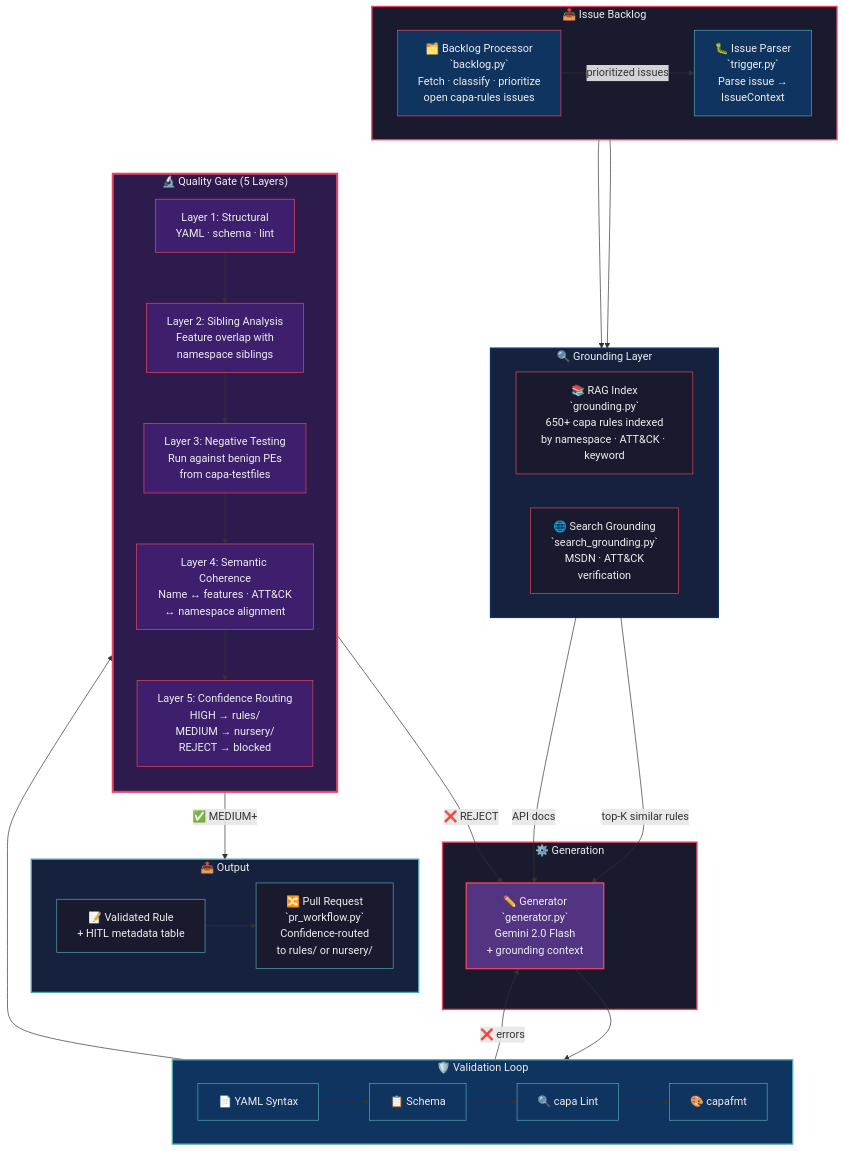
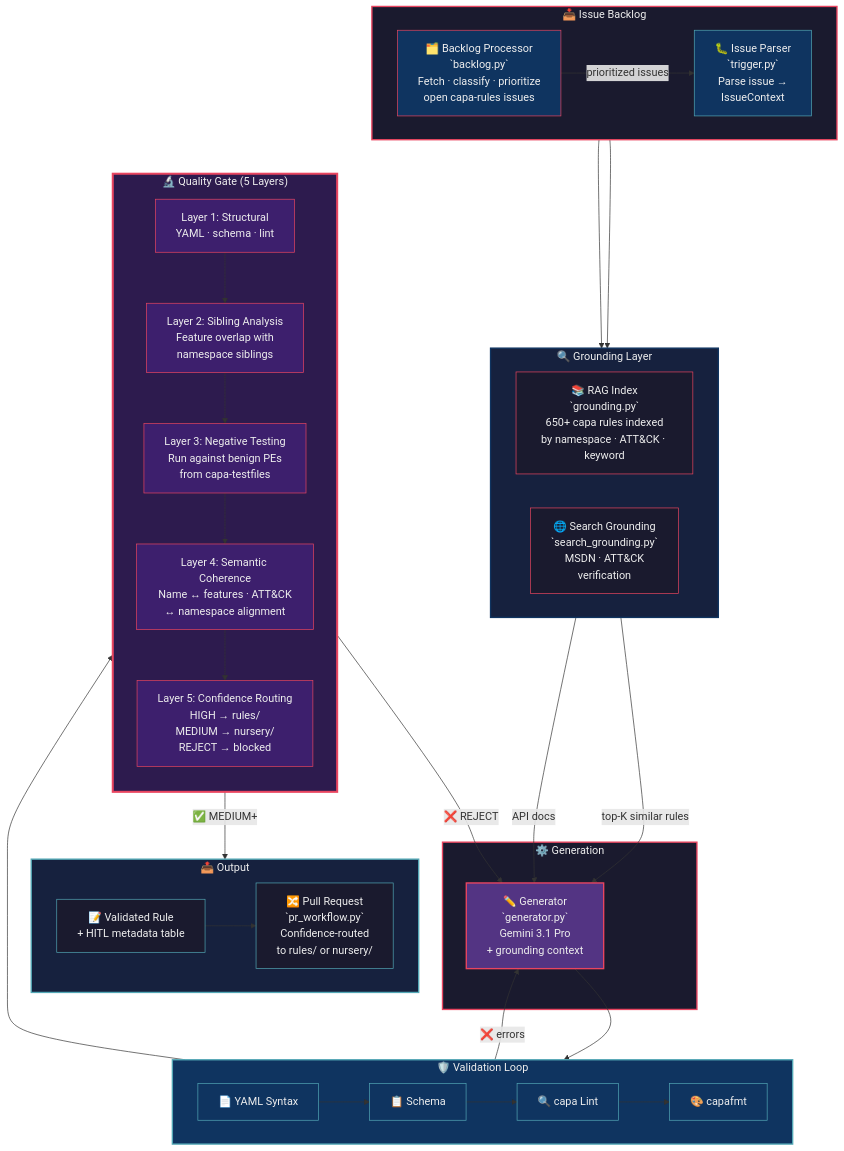
One commit to reyyanxahmed/capa-rule-agent changed the diagram in README.md. Above: the diagram before and after it, drawn with Mermaid. The commit also changed other lines of this file and 3 other files, not shown here.

Commit message:
chore: update LLM from Gemini 2.0 Flash to Gemini 3.1 Pro

````diff
--- a/README.md
+++ b/README.md
@@ -14,81 +14,81 @@
 ```mermaid
 flowchart TB
     subgraph Input ["📥 Issue Backlog"]
         direction LR
         BL["🗂️ Backlog Processor\n`backlog.py`\nFetch · classify · prioritize\nopen capa-rules issues"]
         T1["🐛 Issue Parser\n`trigger.py`\nParse issue →\nIssueContext"]
     end
 
     subgraph Grounding ["🔍 Grounding Layer"]
         direction LR
         G1["📚 RAG Index\n`grounding.py`\n650+ capa rules indexed\nby namespace · ATT&CK · keyword"]
         G2["🌐 Search Grounding\n`search_grounding.py`\nMSDN · ATT&CK\nverification"]
     end
 
     subgraph Core ["⚙️ Generation"]
-        GEN["✏️ Generator\n`generator.py`\nGemini 2.0 Flash\n+ grounding context"]
+        GEN["✏️ Generator\n`generator.py`\nGemini 3.1 Pro\n+ grounding context"]
     end
 
     subgraph Validation ["🛡️ Validation Loop"]
         direction LR
         V1["📄 YAML Syntax"]
         V2["📋 Schema"]
         V3["🔍 capa Lint"]
         V4["🎨 capafmt"]
         V1 --> V2 --> V3 --> V4
     end
 
     subgraph QualityGate ["🔬 Quality Gate (5 Layers)"]
         direction TB
         L1["Layer 1: Structural\nYAML · schema · lint"]
         L2["Layer 2: Sibling Analysis\nFeature overlap with\nnamespace siblings"]
         L3["Layer 3: Negative Testing\nRun against benign PEs\nfrom capa-testfiles"]
         L4["Layer 4: Semantic Coherence\nName ↔ features · ATT&CK\n↔ namespace alignment"]
         L5["Layer 5: Confidence Routing\nHIGH → rules/\nMEDIUM → nursery/\nREJECT → blocked"]
         L1 --> L2 --> L3 --> L4 --> L5
     end
 
     subgraph Output ["📤 Output"]
         direction LR
         O1["📝 Validated Rule\n+ HITL metadata table"]
         O2["🔀 Pull Request\n`pr_workflow.py`\nConfidence-routed\nto rules/ or nursery/"]
     end
 
     %% Flow
     BL -->|"prioritized issues"| T1
     T1 --> G1
     T1 --> G2
     G1 -->|"top-K similar rules"| GEN
     G2 -->|"API docs"| GEN
     GEN --> V1
     V3 -- "❌ errors" --> GEN
     V4 --> L1
     L5 -- "✅ MEDIUM+" --> O1
     L5 -- "❌ REJECT" --> GEN
     O1 --> O2
 
     %% Styling
     style Input fill:#1a1a2e,stroke:#e94560,stroke-width:2px,color:#eee
     style Grounding fill:#16213e,stroke:#0f3460,stroke-width:2px,color:#eee
     style Core fill:#1a1a2e,stroke:#e94560,stroke-width:2px,color:#eee
     style Validation fill:#0f3460,stroke:#53a8b6,stroke-width:2px,color:#eee
     style QualityGate fill:#2d1b4e,stroke:#e94560,stroke-width:3px,color:#eee
     style Output fill:#16213e,stroke:#53a8b6,stroke-width:2px,color:#eee
 
     style BL fill:#0f3460,stroke:#e94560,color:#eee
     style T1 fill:#0f3460,stroke:#53a8b6,color:#eee
     style G1 fill:#1a1a2e,stroke:#e94560,color:#eee
     style G2 fill:#1a1a2e,stroke:#e94560,color:#eee
     style GEN fill:#533483,stroke:#e94560,stroke-width:2px,color:#eee
     style V1 fill:#0f3460,stroke:#53a8b6,color:#eee
     style V2 fill:#0f3460,stroke:#53a8b6,color:#eee
     style V3 fill:#0f3460,stroke:#53a8b6,color:#eee
     style V4 fill:#0f3460,stroke:#53a8b6,color:#eee
     style L1 fill:#3d1f6d,stroke:#e94560,color:#eee
     style L2 fill:#3d1f6d,stroke:#e94560,color:#eee
     style L3 fill:#3d1f6d,stroke:#e94560,color:#eee
     style L4 fill:#3d1f6d,stroke:#e94560,color:#eee
     style L5 fill:#3d1f6d,stroke:#e94560,color:#eee
     style O1 fill:#1a1a2e,stroke:#53a8b6,color:#eee
     style O2 fill:#1a1a2e,stroke:#53a8b6,color:#eee
 ```
````
